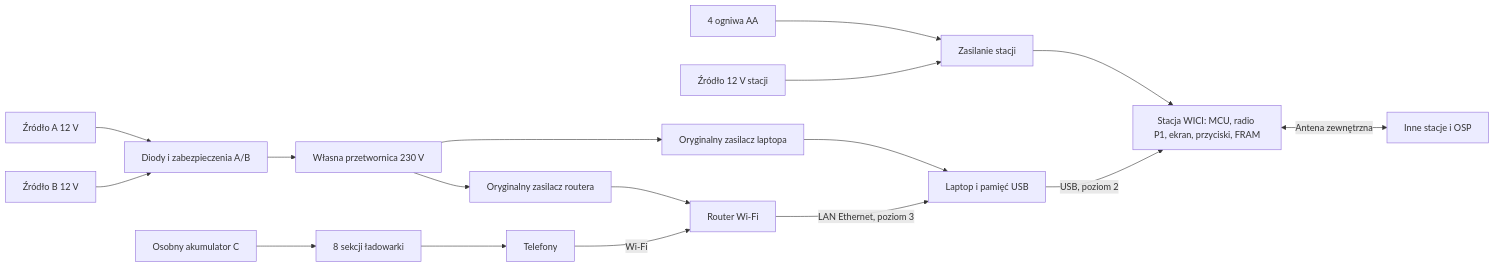
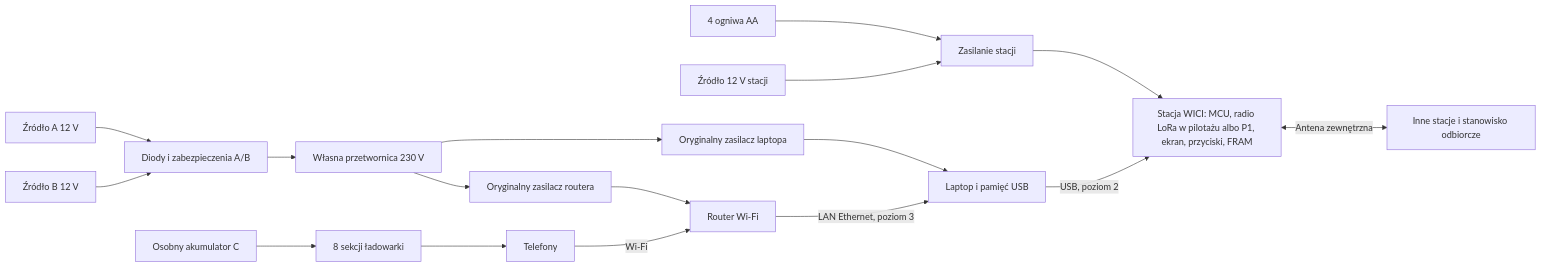
Before and after one commit to tmierzwa/WICI: the diagram in docs/spec/projekt.md, drawn with Mermaid. The commit also changed other lines of this file and 54 other files, not shown here.

````diff
--- a/docs/spec/projekt.md
+++ b/docs/spec/projekt.md
@@ -27,19 +29,19 @@
 ```mermaid
 flowchart LR
   AA[4 ogniwa AA] --> SP[Zasilanie stacji]
   S12[Źródło 12 V stacji] --> SP
-  SP --> ST[Stacja WICI: MCU, radio P1, ekran, przyciski, FRAM]
-  ST <-->|Antena zewnętrzna| S[Inne stacje i OSP]
+  SP --> ST[Stacja WICI: MCU, radio LoRa w pilotażu albo P1, ekran, przyciski, FRAM]
+  ST <-->|Antena zewnętrzna| S[Inne stacje i stanowisko odbiorcze]
   L[Laptop i pamięć USB] -->|USB, poziom 2| ST
   A[Źródło A 12 V] --> D[Diody i zabezpieczenia A/B]
   B[Źródło B 12 V] --> D
   D --> I[Własna przetwornica 230 V]
   I --> P[Oryginalny zasilacz laptopa]
   I --> R[Oryginalny zasilacz routera]
   P --> L
   R --> W[Router Wi-Fi]
   W -->|LAN Ethernet, poziom 3| L
   C[Osobny akumulator C] --> U[8 sekcji ładowarki]
   U --> F[Telefony]
   F -->|Wi-Fi| W
 ```
````
